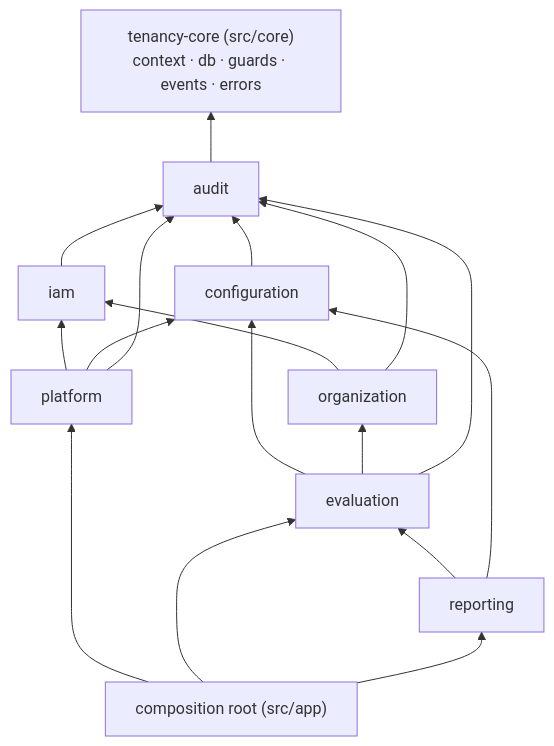
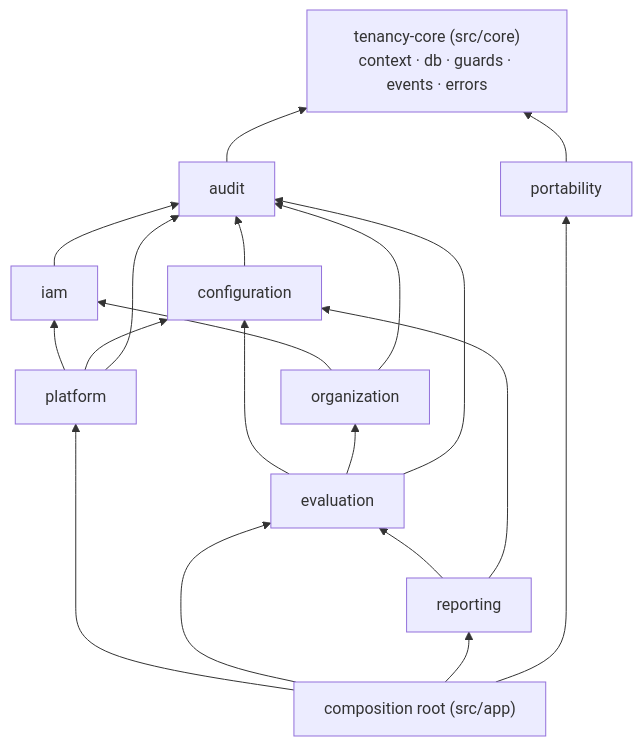
The third of 5 diagrams in docs/architecture.md (KimiyaKhoshnood/appraisal-saas), drawn with Mermaid before and after one commit. The commit also changed other lines of this file and 20 other files, not shown here.

````diff
--- a/docs/architecture.md
+++ b/docs/architecture.md
@@ -68,18 +68,19 @@
 ```mermaid
 flowchart BT
   core["tenancy-core (src/core)<br/>context · db · guards · events · errors"]
   audit --> core
   iam --> audit
   configuration --> audit
   organization --> iam
   organization --> audit
   platform --> iam
   platform --> configuration
   platform --> audit
   evaluation --> configuration
   evaluation --> organization
   evaluation --> audit
   reporting --> evaluation
   reporting --> configuration
-  app["composition root (src/app)"] --> platform & evaluation & reporting
+  portability --> core
+  app["composition root (src/app)"] --> platform & evaluation & reporting & portability
 ```
````
